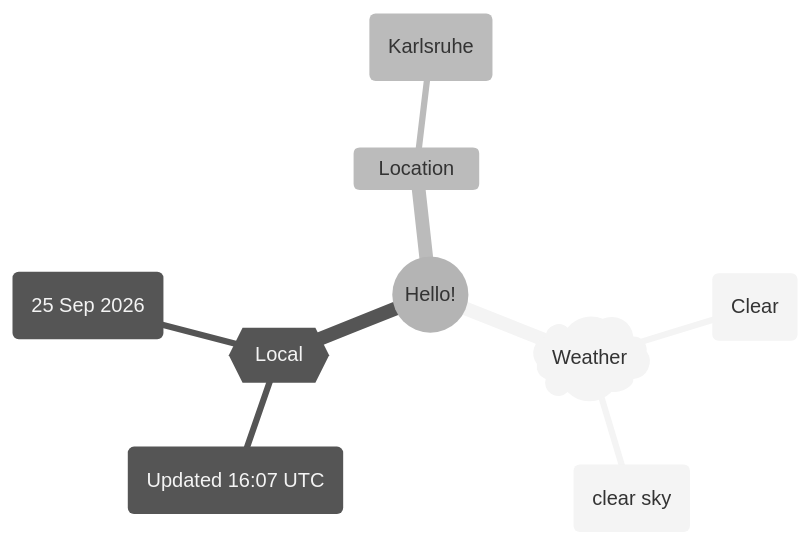
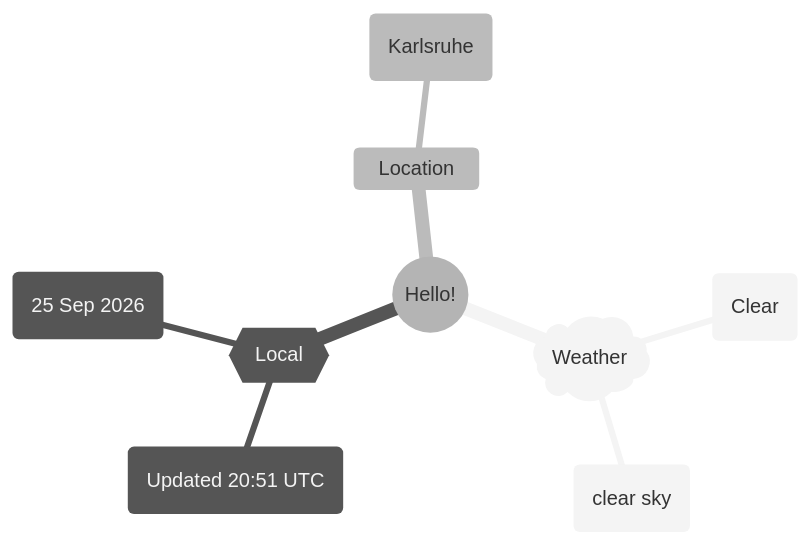
The first of 2 diagrams in README.md (Xosrov/Xosrov), drawn with Mermaid (neutral theme) before and after one commit.

Commit message:
[bot] updated images

````diff
--- a/README.md
+++ b/README.md
@@ -3,12 +3,12 @@
 ```mermaid
 mindmap
   root((Hello!))
     )Weather(
         (Clear)
         (clear sky)
     {{Local}}
-        (Updated 16:07 UTC)
+        (Updated 20:51 UTC)
         (25 Sep 2026)
     Location
         (Karlsruhe)
 ```
````
